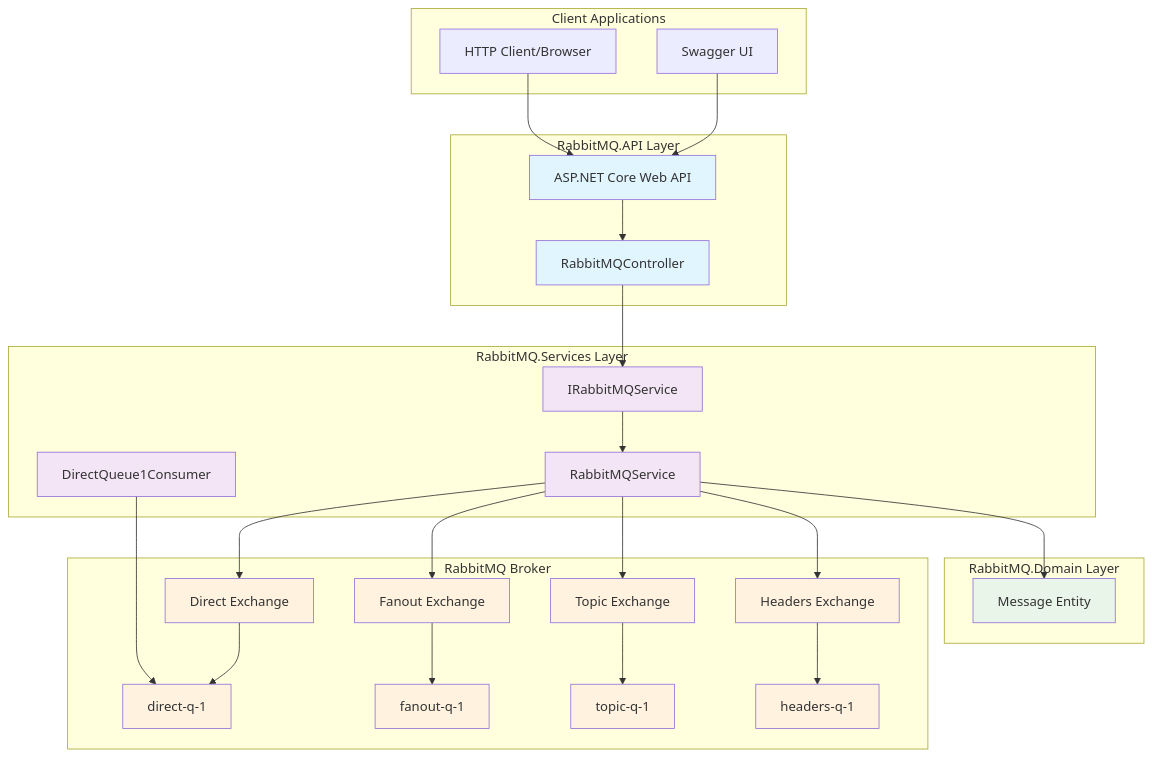
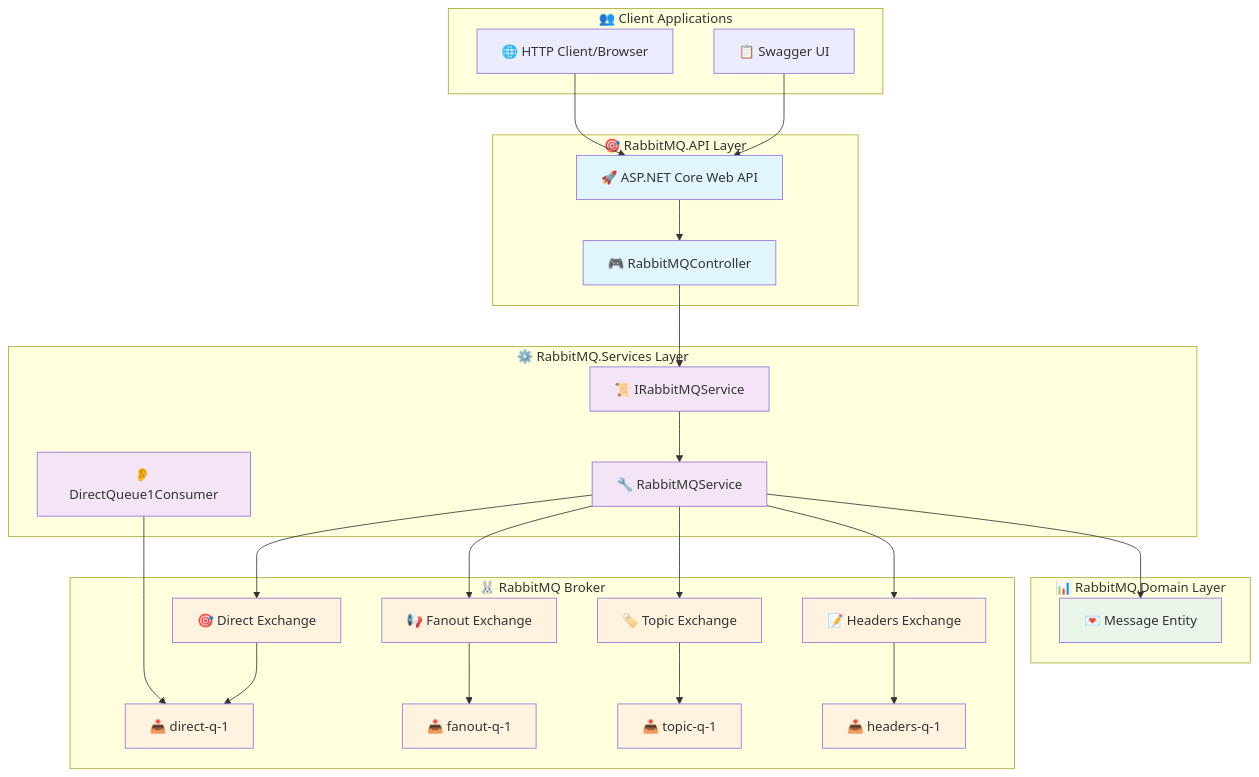
The first of 3 diagrams in README.md (A-Safar/RabbitMQ.Playground), drawn with Mermaid before and after one commit. The commit also changed other lines of this file, not shown here.

````diff
--- a/README.md
+++ b/README.md
@@ -155,68 +155,68 @@
 ```mermaid
 graph TB
-    subgraph "Client Applications"
-        Client[HTTP Client/Browser]
-        Swagger[Swagger UI]
+    subgraph "👥 Client Applications"
+        Client[🌐 HTTP Client/Browser]
+        Swagger[📋 Swagger UI]
     end
 
-    subgraph "RabbitMQ.API Layer"
-        Controller[RabbitMQController]
-        API[ASP.NET Core Web API]
+    subgraph "🎯 RabbitMQ.API Layer"
+        Controller[🎮 RabbitMQController]
+        API[🚀 ASP.NET Core Web API]
     end
 
-    subgraph "RabbitMQ.Services Layer"
-        Interface[IRabbitMQService]
-        Service[RabbitMQService]
-        Consumer[DirectQueue1Consumer]
+    subgraph "⚙️ RabbitMQ.Services Layer"
+        Interface[📜 IRabbitMQService]
+        Service[🔧 RabbitMQService]
+        Consumer[👂 DirectQueue1Consumer]
     end
 
-    subgraph "RabbitMQ.Domain Layer"
-        Message[Message Entity]
+    subgraph "📊 RabbitMQ.Domain Layer"
+        Message[💌 Message Entity]
     end
 
-    subgraph "RabbitMQ Broker"
-        DirectEx[Direct Exchange]
-        FanoutEx[Fanout Exchange]
-        TopicEx[Topic Exchange]
-        HeadersEx[Headers Exchange]
-        Queue1[direct-q-1]
-        Queue2[fanout-q-1]
-        Queue3[topic-q-1]
-        Queue4[headers-q-1]
+    subgraph "🐰 RabbitMQ Broker"
+        DirectEx[🎯 Direct Exchange]
+        FanoutEx[📢 Fanout Exchange]
+        TopicEx[🏷️ Topic Exchange]
+        HeadersEx[📝 Headers Exchange]
+        Queue1[📥 direct-q-1]
+        Queue2[📥 fanout-q-1]
+        Queue3[📥 topic-q-1]
+        Queue4[📥 headers-q-1]
     end
 
     %% Client interactions
     Client --> API
     Swagger --> API
     
     %% API Layer
     API --> Controller
     Controller --> Interface
     
     %% Service Layer
     Interface --> Service
     Service --> Message
     Consumer --> Queue1
     
     %% RabbitMQ Flow
     Service --> DirectEx
     Service --> FanoutEx
     Service --> TopicEx
     Service --> HeadersEx
     
     DirectEx --> Queue1
     FanoutEx --> Queue2
     TopicEx --> Queue3
     HeadersEx --> Queue4
     
     %% Styling
     classDef apiLayer fill:#e1f5fe
     classDef serviceLayer fill:#f3e5f5
     classDef domainLayer fill:#e8f5e8
     classDef rabbitLayer fill:#fff3e0
     
     class Controller,API apiLayer
     class Interface,Service,Consumer serviceLayer
     class Message domainLayer
     class DirectEx,FanoutEx,TopicEx,HeadersEx,Queue1,Queue2,Queue3,Queue4 rabbitLayer
 ```
````
